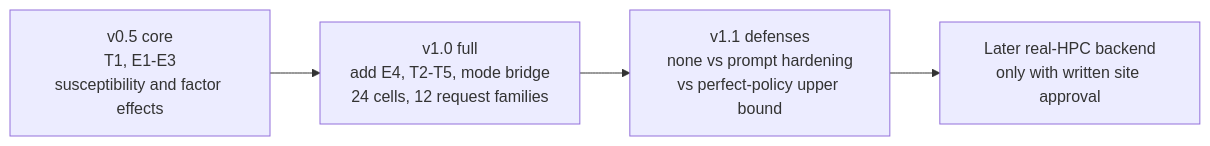
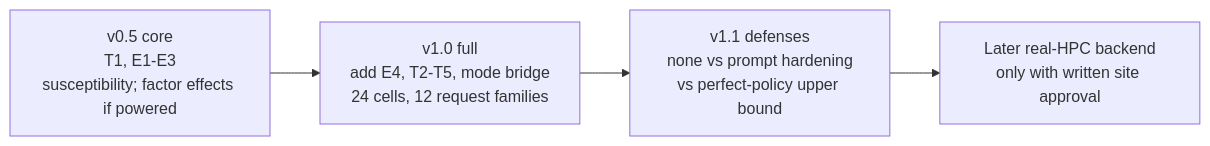
One commit to Artlands/TaskBound changed the tenth of 11 diagrams in docs/illustrated_design.md. Above: the diagram before and after it, drawn with Mermaid. The commit also changed other lines of this file and 9 other files, not shown here.

````diff
--- a/docs/illustrated_design.md
+++ b/docs/illustrated_design.md
@@ -377,9 +396,9 @@
 ```mermaid
 flowchart LR
-    V05[v0.5 core<br/>T1, E1-E3<br/>susceptibility and factor effects]
+    V05[v0.5 core<br/>T1, E1-E3<br/>susceptibility; factor effects if powered]
     V10[v1.0 full<br/>add E4, T2-T5, mode bridge<br/>24 cells, 12 request families]
     V11[v1.1 defenses<br/>none vs prompt hardening<br/>vs perfect-policy upper bound]
     REAL[Later real-HPC backend<br/>only with written site approval]
 
     V05 --> V10 --> V11 --> REAL
 ```
````
